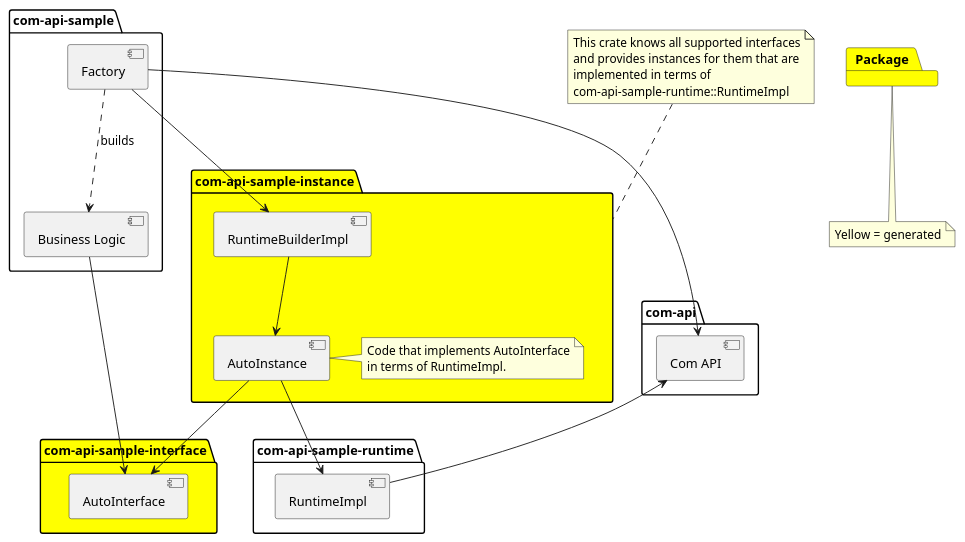
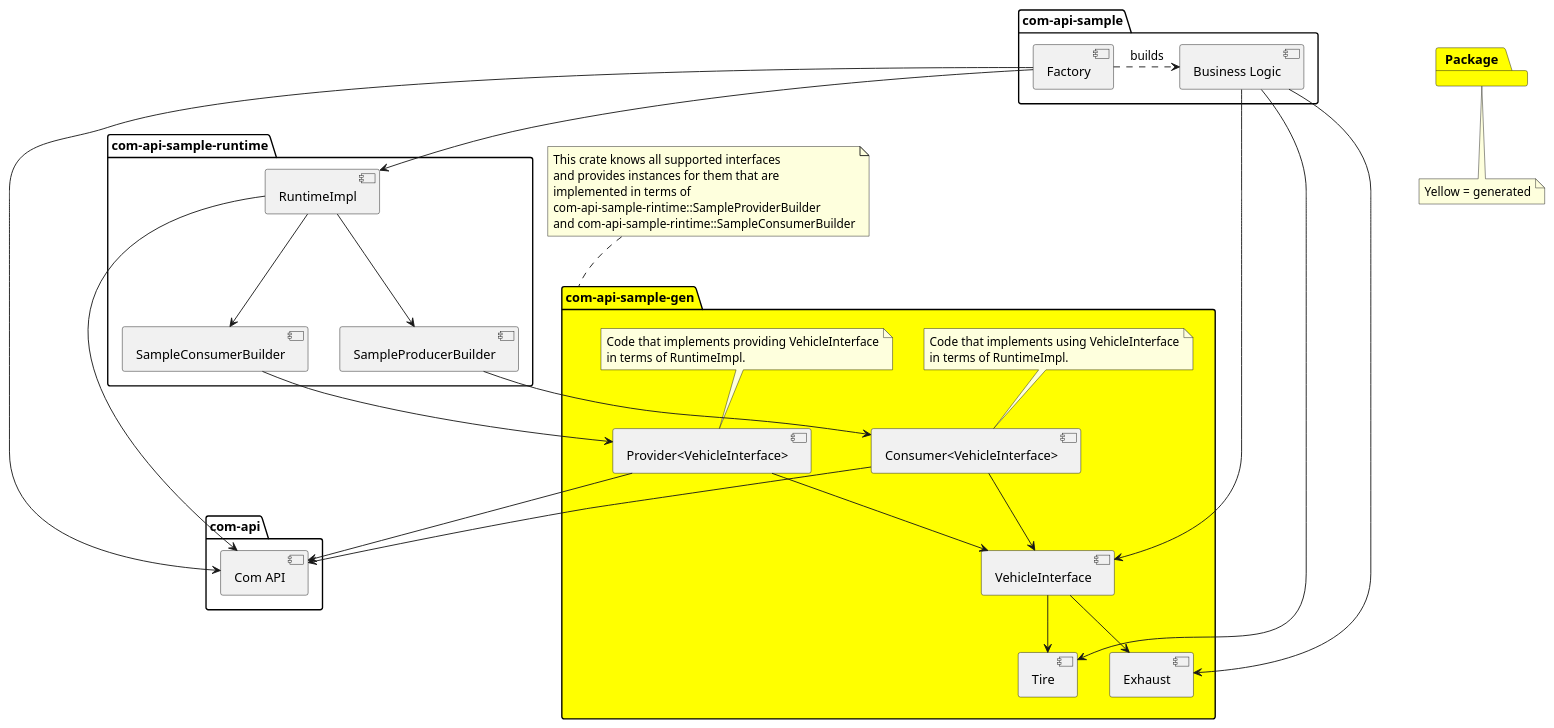
One commit to eclipse-score/inc_mw_com changed the diagram in com-api/docs/Comp.puml. Above: the diagram before and after it, drawn with PlantUML. The commit also changed 1 other file, not shown here.

Commit message:
Update UML diagrams

```diff
--- a/com-api/docs/Comp.puml
+++ b/com-api/docs/Comp.puml
@@ -1,52 +1,64 @@
 @startuml
 'https://plantuml.com/component-diagram
 package "com-api" {
     [Com API]
 }
 
 package "com-api-sample-runtime" {
+
     [Com API] <-- [RuntimeImpl]
+    [RuntimeImpl] --> [SampleConsumerBuilder]
+    [RuntimeImpl] --> [SampleProducerBuilder]
 }
 
 package "com-api" {
     [Com API]
 }
 
-package "com-api-sample-interface" #Yellow {
-    [AutoInterface]
-}
+package "com-api-sample-gen" #Yellow {
+    [Tire]
+    [Exhaust]
+    [VehicleInterface] --> [Tire]
+    [VehicleInterface] --> [Exhaust]
+    [Provider<VehicleInterface>] --> [VehicleInterface]
+    [Consumer<VehicleInterface>] --> [VehicleInterface]
+    [Provider<VehicleInterface>] --> [Com API]
+    [Consumer<VehicleInterface>] --> [Com API]
+    [SampleConsumerBuilder] --> [Provider<VehicleInterface>]
+    [SampleProducerBuilder] --> [Consumer<VehicleInterface>]
 
-package "com-api-sample-instance" #Yellow {
-    [AutoInstance]
-    [AutoInstance] --> [RuntimeImpl]
-    [AutoInstance] --> [AutoInterface]
-    [RuntimeBuilderImpl]
-    [RuntimeBuilderImpl] --> [AutoInstance]
+    note top of [Provider<VehicleInterface>]
+        Code that implements providing VehicleInterface
+        in terms of RuntimeImpl.
+    end note
 
-    note right of [AutoInstance]
-        Code that implements AutoInterface
+    note top of [Consumer<VehicleInterface>]
+        Code that implements using VehicleInterface
         in terms of RuntimeImpl.
     end note
 }
 
-note top of "com-api-sample-instance"
+note top of "com-api-sample-gen"
         This crate knows all supported interfaces
         and provides instances for them that are
         implemented in terms of
-        com-api-sample-runtime::RuntimeImpl
+        com-api-sample-rintime::SampleProviderBuilder
+        and com-api-sample-rintime::SampleConsumerBuilder
 end note
 
 package "com-api-sample" {
     [Factory]
-    [Business Logic] --> [AutoInterface]
-    [Factory] --> [RuntimeBuilderImpl]
+    [Business Logic] --> [VehicleInterface]
+    [Business Logic] --> [Exhaust]
+    [Business Logic] --> [Tire]
+    [Factory] --> [RuntimeImpl]
     [Factory] --> [Com API]
-    [Factory] ..> [Business Logic] : builds
+    [Factory] .> [Business Logic] : builds
 }
 
 package "Package" #Yellow
 note bottom of "Package"
     Yellow = generated
 end note
 
 @enduml
```
